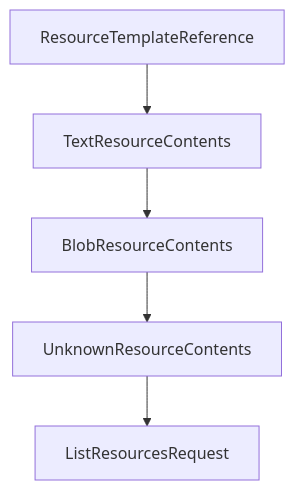
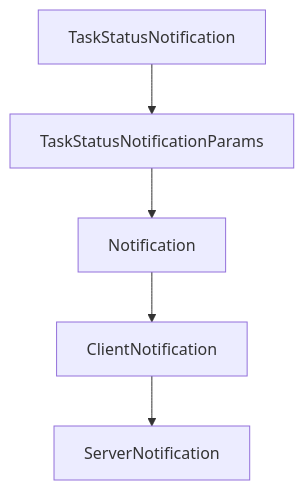
The diagram in tutorials/mcp-kotlin-sdk-tutorial/04-server-runtime-primitives-and-feature-registration.md (johnxie/awesome-code-docs), drawn with Mermaid before and after one commit. The commit also changed other lines of this file and 1232 other files, not shown here.

````diff
--- a/tutorials/mcp-kotlin-sdk-tutorial/04-server-runtime-primitives-and-feature-registration.md
+++ b/tutorials/mcp-kotlin-sdk-tutorial/04-server-runtime-primitives-and-feature-registration.md
@@ -221,12 +219,12 @@
 ```mermaid
 flowchart TD
-    A[ResourceTemplateReference]
-    B[TextResourceContents]
-    C[BlobResourceContents]
-    D[UnknownResourceContents]
-    E[ListResourcesRequest]
+    A[TaskStatusNotification]
+    B[TaskStatusNotificationParams]
+    C[Notification]
+    D[ClientNotification]
+    E[ServerNotification]
     A --> B
     B --> C
     C --> D
     D --> E
 ```
````
